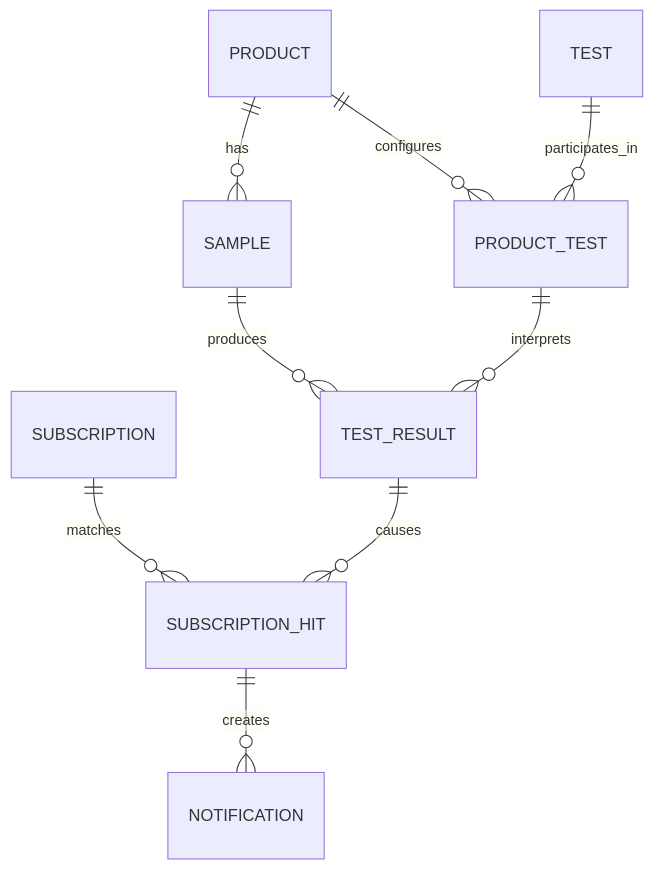
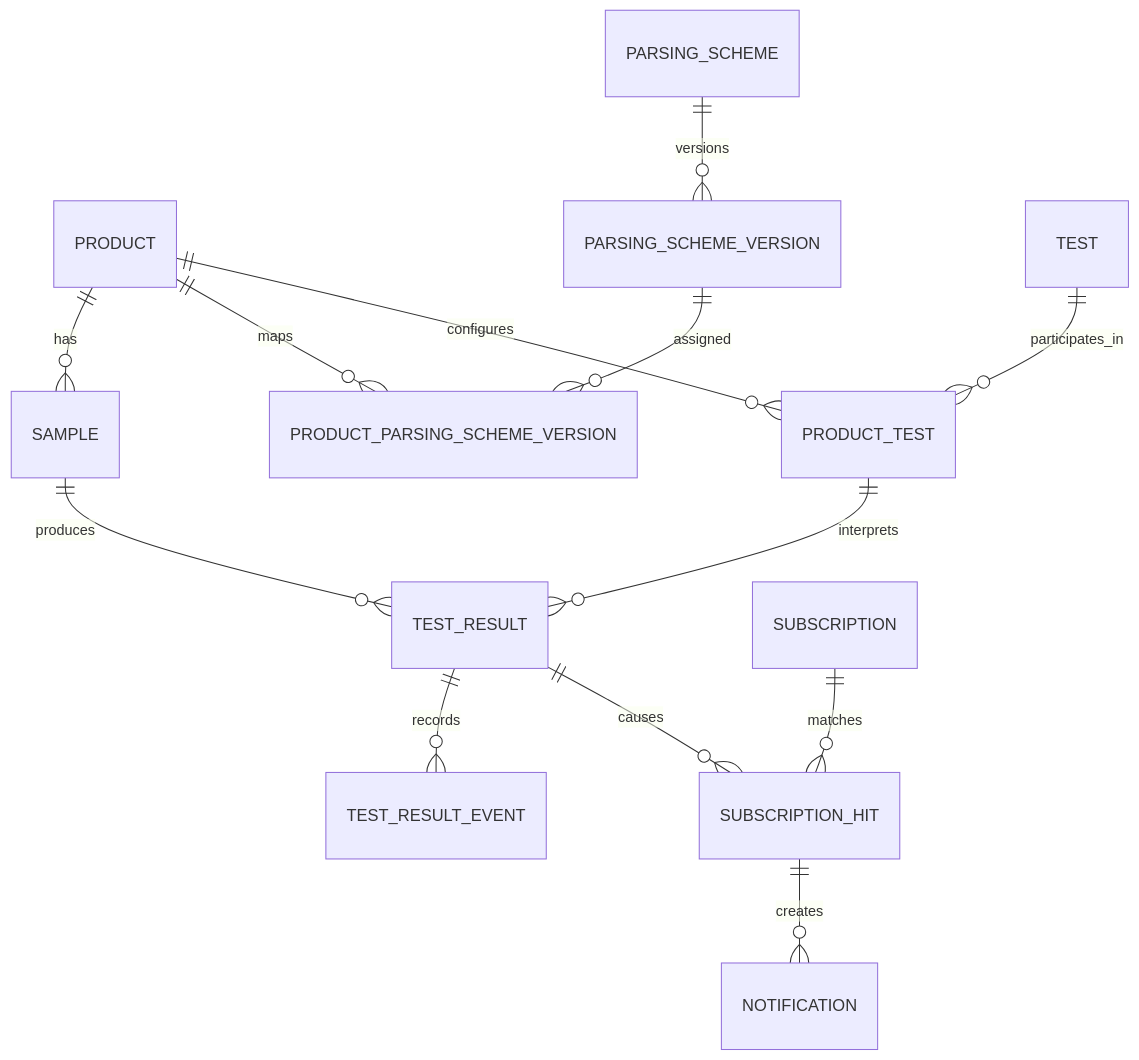
The diagram in docs/reference/domain-model.md (qmessentials/qmessentials), drawn with Mermaid before and after one commit. The commit also changed other lines of this file and 9 other files, not shown here.

Commit message:
docs: refine target architecture and data model

````diff
--- a/docs/reference/domain-model.md
+++ b/docs/reference/domain-model.md
@@ -3,11 +3,15 @@
 ```mermaid
 erDiagram
     PRODUCT ||--o{ SAMPLE : has
+    PRODUCT ||--o{ PRODUCT_PARSING_SCHEME_VERSION : maps
+    PARSING_SCHEME ||--o{ PARSING_SCHEME_VERSION : versions
+    PARSING_SCHEME_VERSION ||--o{ PRODUCT_PARSING_SCHEME_VERSION : assigned
     PRODUCT ||--o{ PRODUCT_TEST : configures
     TEST ||--o{ PRODUCT_TEST : participates_in
     SAMPLE ||--o{ TEST_RESULT : produces
     PRODUCT_TEST ||--o{ TEST_RESULT : interprets
+    TEST_RESULT ||--o{ TEST_RESULT_EVENT : records
     SUBSCRIPTION ||--o{ SUBSCRIPTION_HIT : matches
     TEST_RESULT ||--o{ SUBSCRIPTION_HIT : causes
     SUBSCRIPTION_HIT ||--o{ NOTIFICATION : creates
 ```
````
